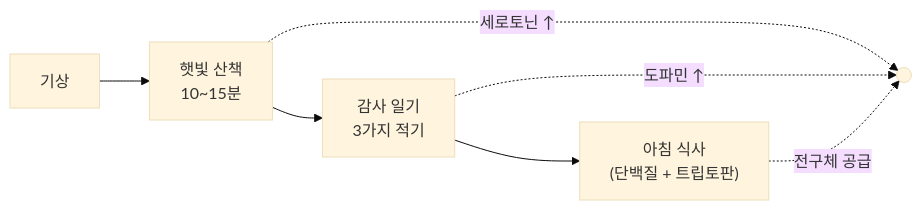
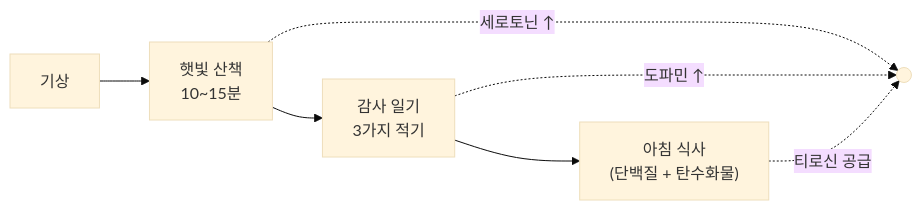
The seventh of 9 diagrams in _posts/knowledge/health/2026-03-21-happiness-hormones-daily-routine.md (dss99911/dss99911.github.io), drawn with Mermaid (base theme) before and after one commit. The commit also changed other lines of this file and 115 other files, not shown here.

````diff
--- a/_posts/knowledge/health/2026-03-21-happiness-hormones-daily-routine.md
+++ b/_posts/knowledge/health/2026-03-21-happiness-hormones-daily-routine.md
@@ -244,10 +242,10 @@
 ```mermaid
 flowchart LR
     A["기상"] --> B["햇빛 산책<br/>10~15분"]
     B --> C["감사 일기<br/>3가지 적기"]
-    C --> D["아침 식사<br/>#40;단백질 + 트립토판#41;"]
+    C --> D["아침 식사<br/>#40;단백질 + 탄수화물#41;"]
 
     B -.->|"세로토닌 ↑"| E((" "))
     C -.->|"도파민 ↑"| E
-    D -.->|"전구체 공급"| E
+    D -.->|"티로신 공급"| E
 ```
````
